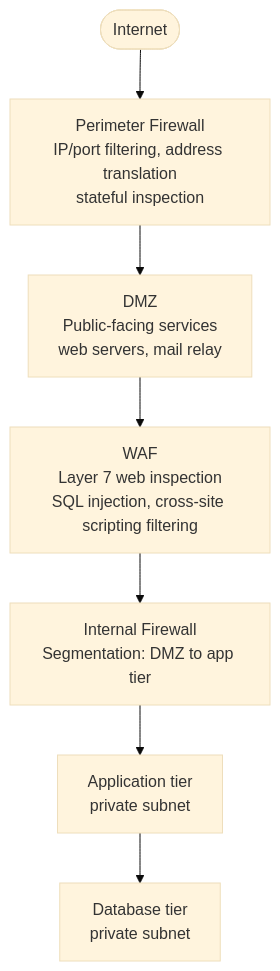
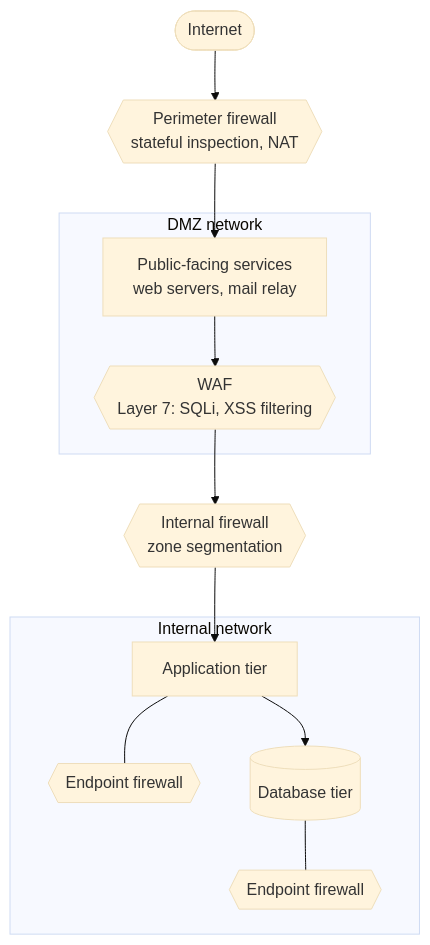
One commit to adulbrich/cs312 changed the third of 8 diagrams in src/content/docs/lectures/network-services-and-application-delivery.mdx. Above: the diagram before and after it, drawn with Mermaid (base theme). The commit also changed other lines of this file and 2 other files, not shown here.

````diff
--- a/src/content/docs/lectures/network-services-and-application-delivery.mdx
+++ b/src/content/docs/lectures/network-services-and-application-delivery.mdx
@@ -150,17 +185,28 @@
 ```mermaid
 flowchart TB
   Internet(["Internet"])
-  PF["Perimeter Firewall\nIP/port filtering, address translation\nstateful inspection"]
-  DMZ["DMZ\nPublic-facing services\nweb servers, mail relay"]
-  WAF["WAF\nLayer 7 web inspection\nSQL injection, cross-site scripting filtering"]
-  IF["Internal Firewall\nSegmentation: DMZ to app tier"]
-  App["Application tier\nprivate subnet"]
-  DB["Database tier\nprivate subnet"]
+  PF{{"Perimeter firewall\nstateful inspection, NAT"}}
+
+  subgraph DMZNet ["DMZ network"]
+    DMZSvc["Public-facing services\nweb servers, mail relay"]
+    WAF{{"WAF\nLayer 7: SQLi, XSS filtering"}}
+  end
+
+  IF{{"Internal firewall\nzone segmentation"}}
+
+  subgraph InternalNet ["Internal network"]
+    App["Application tier"]
+    AppEFW{{"Endpoint firewall"}}
+    DB[("Database tier")]
+    DBEFW{{"Endpoint firewall"}}
+    App --- AppEFW
+    DB --- DBEFW
+  end
 
   Internet --> PF
-  PF --> DMZ
-  DMZ --> WAF
+  PF --> DMZSvc
+  DMZSvc --> WAF
   WAF --> IF
   IF --> App
   App --> DB
 ```
````
